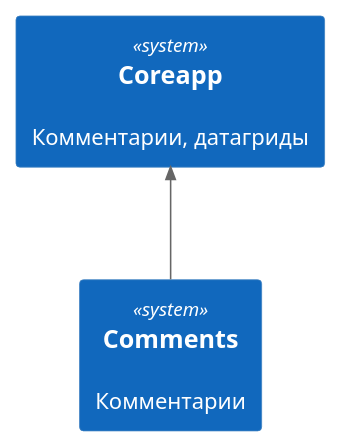
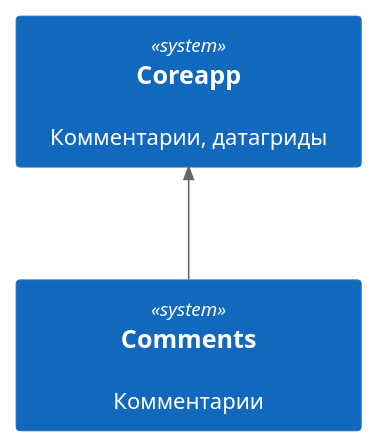
One commit to lulya31/some changed the diagram in static/05_01_01_01_img/comments.puml. Above: the diagram before and after it, drawn with PlantUML. The commit also changed 103 other files, not shown here.

```diff
--- a/static/05_01_01_01_img/comments.puml
+++ b/static/05_01_01_01_img/comments.puml
@@ -4,34 +4,28 @@
 @startuml
 
 '!include https://raw.githubusercontent.com/plantuml-stdlib/C4-PlantUML/master/C4_Context.puml
 
 ' uncomment the following line and comment the first to use locally
 ' !include C4_Context.puml
 
 !include static/includes/c4_context.puml
 !include static/includes/c4_container.puml
 
 'left to right direction
 
 'skinparam svgLinkTarget _blank
 skinparam backgroundcolor transparent
-
-<style>
-System {
-    MinimumWidth 300
-    MinimumHeight 150
-}
-</style>
+skinparam minClassWidth 200
 
 LAYOUT_TOP_DOWN()
 
 'LAYOUT_AS_SKETCH()
 'LAYOUT_WITH_LEGEND()
 'LAYOUT_LANDSCAPE()
 
 System(coreapp, "Coreapp", "Комментарии, датагриды", $link="/05_c4/01_core/01_coreapp/")
 System(comments, "Comments", "Комментарии")
 
 Rel_U(comments, coreapp, "")
 
 @enduml
```
